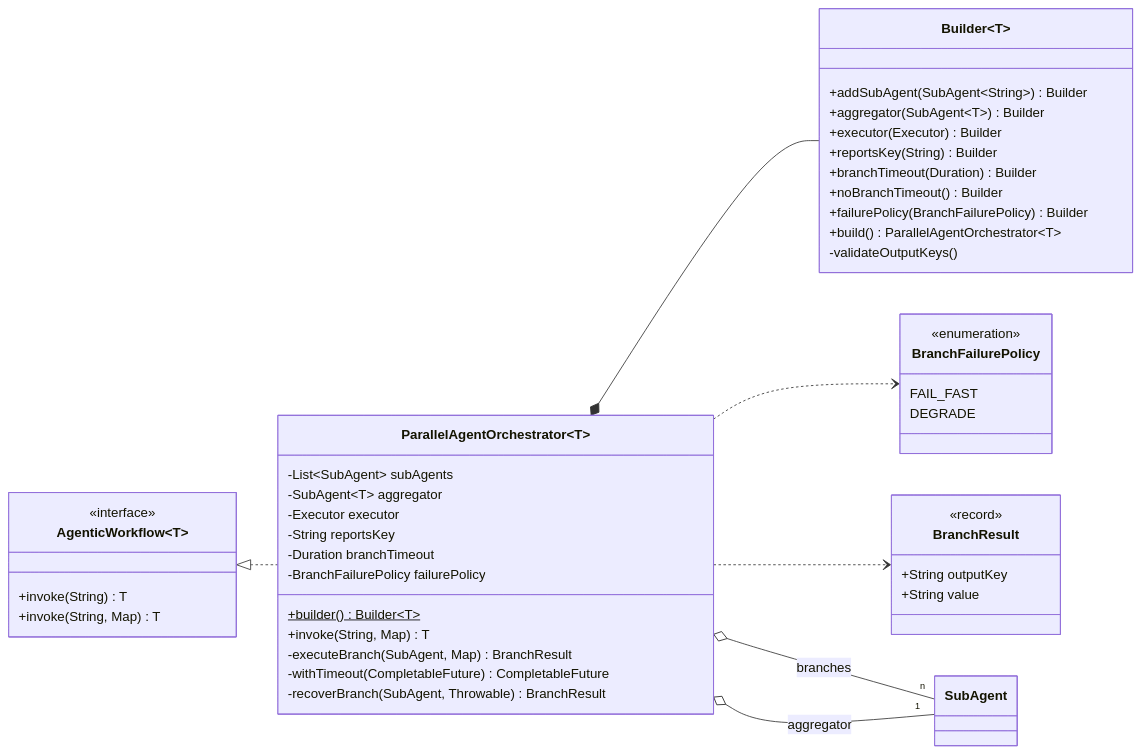
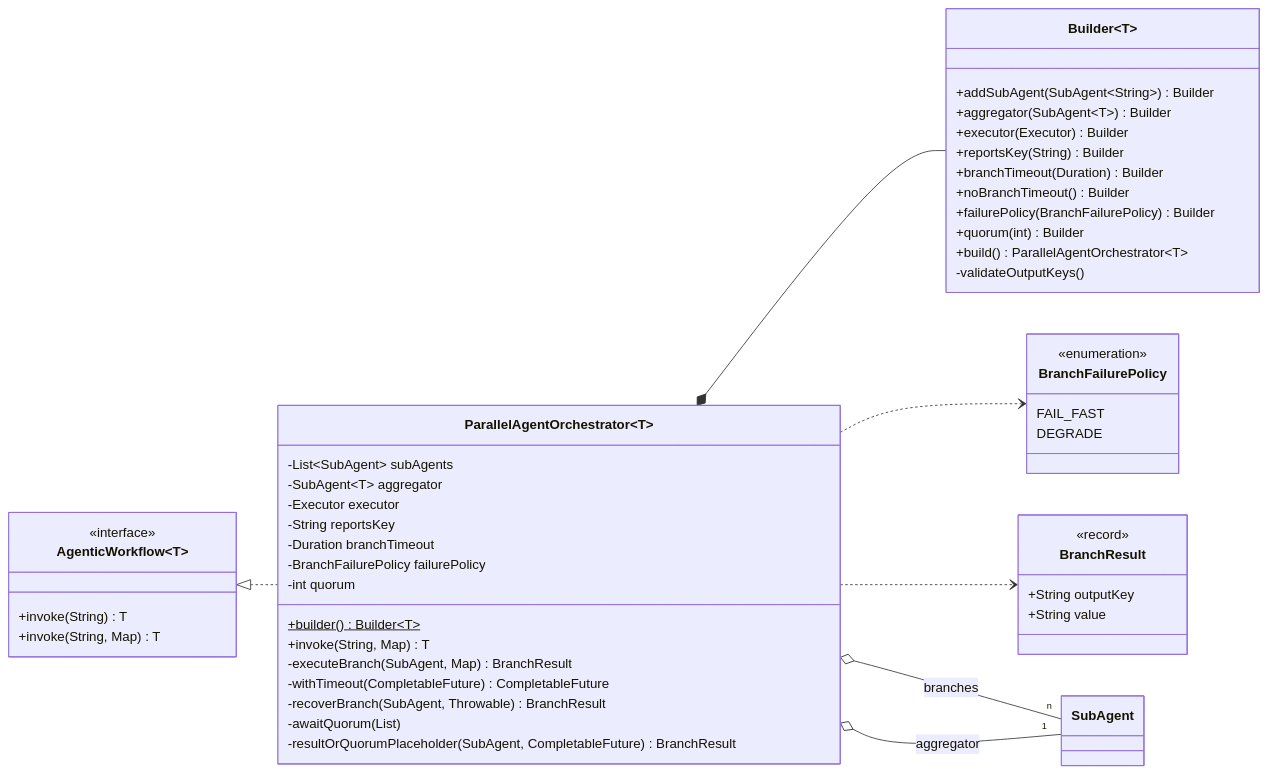
Before and after one commit to ronaldwkcheng/agent-api: the first of 2 diagrams in api/docs/parallel-agent-orchestrator.md, drawn with Mermaid. The commit also changed other lines of this file and 7 other files, not shown here.

First line of the commit message:
Add quorum policy to ParallelAgentOrchestrator (ENHANCEMENTS 2.4)

````diff
--- a/api/docs/parallel-agent-orchestrator.md
+++ b/api/docs/parallel-agent-orchestrator.md
@@ -17,55 +17,59 @@
 ```mermaid
 classDiagram
     direction LR
 
     class AgenticWorkflow~T~ {
         <<interface>>
         +invoke(String) T
         +invoke(String, Map) T
     }
 
     class ParallelAgentOrchestrator~T~ {
         -List~SubAgent~ subAgents
         -SubAgent~T~ aggregator
         -Executor executor
         -String reportsKey
         -Duration branchTimeout
         -BranchFailurePolicy failurePolicy
+        -int quorum
         +builder()$ Builder~T~
         +invoke(String, Map) T
         -executeBranch(SubAgent, Map) BranchResult
         -withTimeout(CompletableFuture) CompletableFuture
         -recoverBranch(SubAgent, Throwable) BranchResult
+        -awaitQuorum(List)
+        -resultOrQuorumPlaceholder(SubAgent, CompletableFuture) BranchResult
     }
 
     class BranchFailurePolicy {
         <<enumeration>>
         FAIL_FAST
         DEGRADE
     }
 
     class BranchResult {
         <<record>>
         +String outputKey
         +String value
     }
 
     class Builder~T~ {
         +addSubAgent(SubAgent~String~) Builder
         +aggregator(SubAgent~T~) Builder
         +executor(Executor) Builder
         +reportsKey(String) Builder
         +branchTimeout(Duration) Builder
         +noBranchTimeout() Builder
         +failurePolicy(BranchFailurePolicy) Builder
+        +quorum(int) Builder
         +build() ParallelAgentOrchestrator~T~
         -validateOutputKeys()
     }
 
     AgenticWorkflow <|.. ParallelAgentOrchestrator
     ParallelAgentOrchestrator *-- Builder
     ParallelAgentOrchestrator ..> BranchFailurePolicy
     ParallelAgentOrchestrator ..> BranchResult
     ParallelAgentOrchestrator o-- "n" SubAgent : branches
     ParallelAgentOrchestrator o-- "1" SubAgent : aggregator
 ```
````
